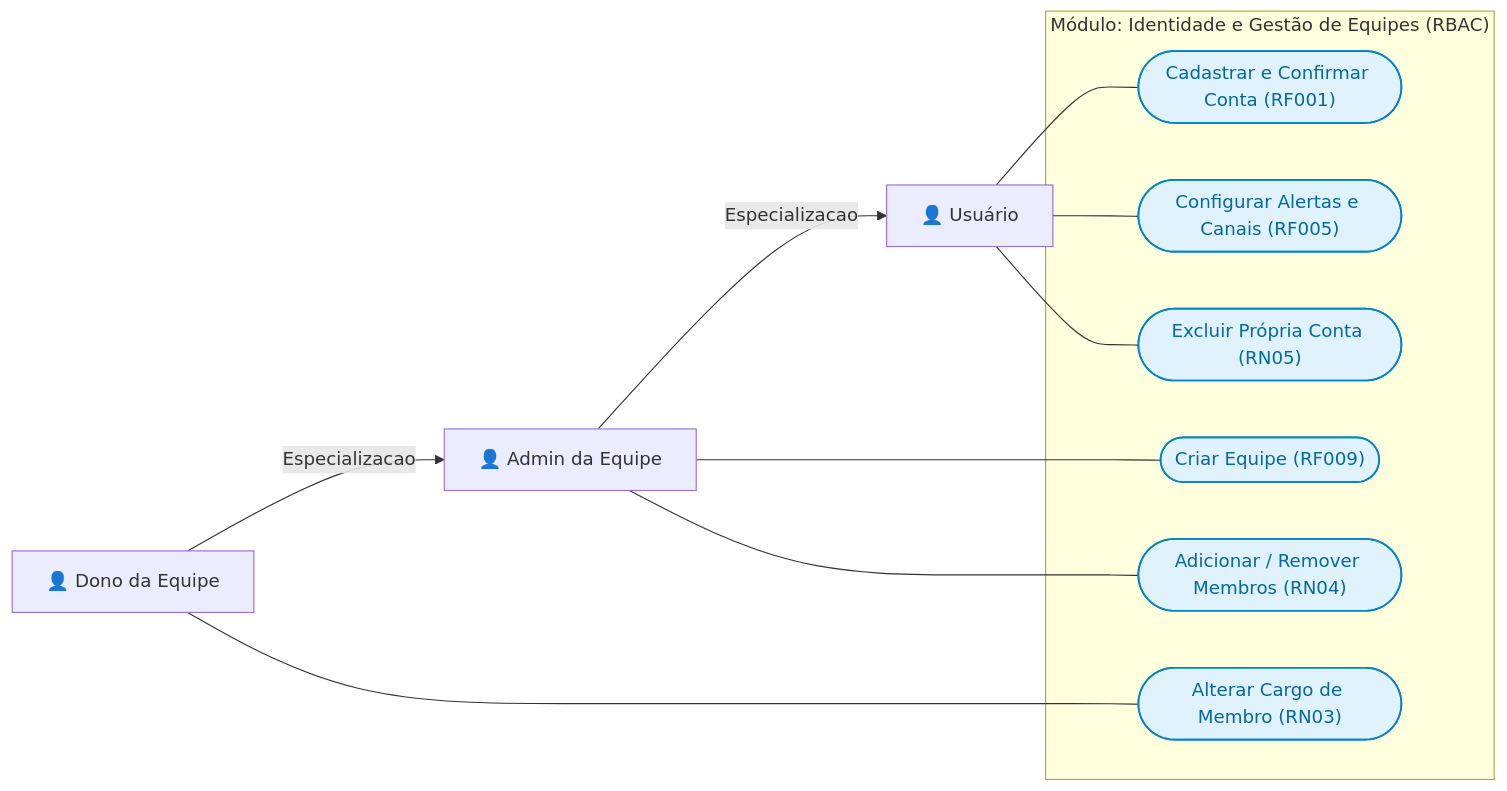
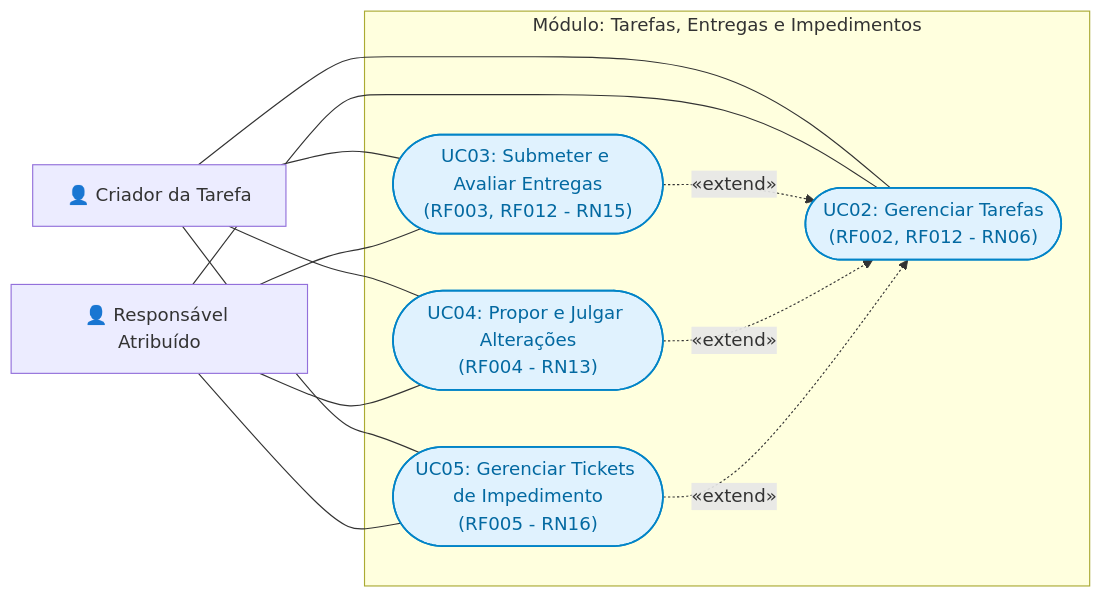
Before and after one commit to aikovlr/Cortex-backend: the eighth of 36 diagrams in DIAGRAMAS.md, drawn with Mermaid. The commit also changed other lines of this file and 3 other files, not shown here.

First line of the commit message:
docs(diagramas): atualizar diagramas de arquitetura e remover arquivos temporarios de analise

````diff
--- a/DIAGRAMAS.md
+++ b/DIAGRAMAS.md
@@ -869,30 +751,33 @@
 ```mermaid
 flowchart LR
-    %% Atores com Especialização
-    Usuario["👤 Usuário"]
-    Admin["👤 Admin da Equipe"]
-    Dono["👤 Dono da Equipe"]
+    %% Atores
+    Criador["👤 Criador da Tarefa"]
+    Responsavel["👤 Responsável Atribuído"]
 
-    Dono -- Especializacao --> Admin
-    Admin -- Especializacao --> Usuario
-
-    subgraph ModuloGovernança ["Módulo: Identidade e Gestão de Equipes (RBAC)"]
-        UC_Conta(["Cadastrar e Confirmar Conta (RF001)"])
-        UC_Prefs(["Configurar Alertas e Canais (RF005)"])
-        UC_Excluir(["Excluir Própria Conta (RN05)"])
-        UC_CriarEquipe(["Criar Equipe (RF009)"])
-        UC_GerMembros(["Adicionar / Remover Membros (RN04)"])
-        UC_AltCargo(["Alterar Cargo de Membro (RN03)"])
+    subgraph ModuloTarefas ["Módulo: Tarefas, Entregas e Impedimentos"]
+        UC02(["UC02: Gerenciar Tarefas<br/>(RF002, RF012 - RN06)"])
+        UC03(["UC03: Submeter e Avaliar Entregas<br/>(RF003, RF012 - RN15)"])
+        UC04(["UC04: Propor e Julgar Alterações<br/>(RF004 - RN13)"])
+        UC05(["UC05: Gerenciar Tickets de Impedimento<br/>(RF005 - RN16)"])
     end
 
-    %% Vínculos por Nível de Permissão
-    Usuario --- UC_Conta
-    Usuario --- UC_Prefs
-    Usuario --- UC_Excluir
-    Admin --- UC_CriarEquipe
-    Admin --- UC_GerMembros
-    Dono --- UC_AltCargo
+    %% Vínculos do Criador
+    Criador --- UC02
+    Criador --- UC03
+    Criador --- UC04
+    Criador --- UC05
+
+    %% Vínculos do Responsável
+    Responsavel --- UC02
+    Responsavel --- UC03
+    Responsavel --- UC04
+    Responsavel --- UC05
+
+    %% Relações de extensão e inclusão UML
+    UC03 -.->|«extend»| UC02
+    UC04 -.->|«extend»| UC02
+    UC05 -.->|«extend»| UC02
 
     classDef uc fill:#e0f2fe,stroke:#0284c7,stroke-width:1.5px,color:#0369a1;
-    class UC_Conta,UC_Prefs,UC_Excluir,UC_CriarEquipe,UC_GerMembros,UC_AltCargo uc;
+    class UC02,UC03,UC04,UC05 uc;
 ```
````
